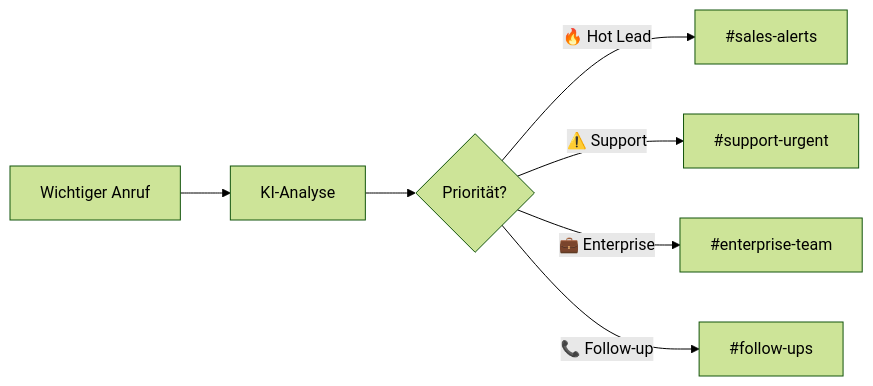
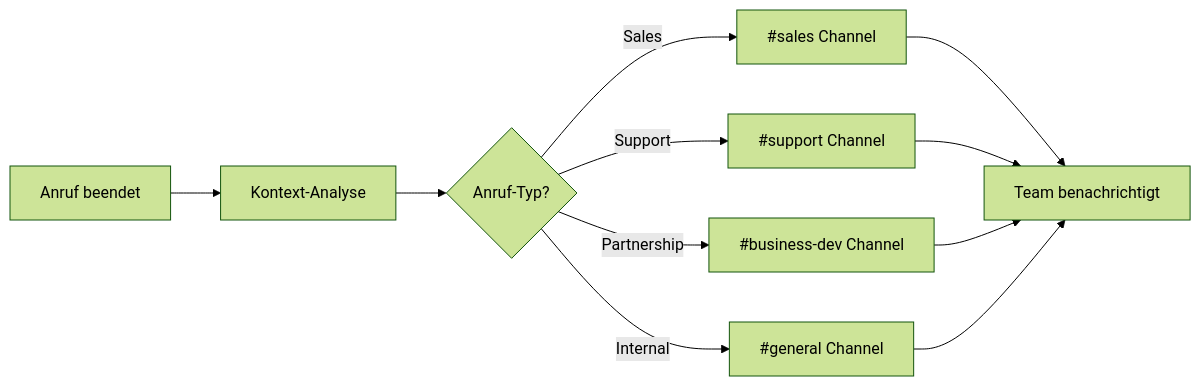
One commit to bekgroup/Famulor-docs-de changed the diagram in automation-platform/integrations/einzelintegrations/slack.mdx. Above: the diagram before and after it, drawn with Mermaid (forest theme). The commit also changed other lines of this file and 13 other files, not shown here.

````diff
--- a/automation-platform/integrations/einzelintegrations/slack.mdx
+++ b/automation-platform/integrations/einzelintegrations/slack.mdx
@@ -34,9 +34,13 @@
 ```mermaid
 graph LR
-    A[Wichtiger Anruf] --> B[KI-Analyse]
-    B --> C{Priorität?}
-    C -->|🔥 Hot Lead| D[#sales-alerts]
-    C -->|⚠️ Support| E[#support-urgent]  
-    C -->|💼 Enterprise| F[#enterprise-team]
-    C -->|📞 Follow-up| G[#follow-ups]
+    A[Anruf beendet] --> B[Kontext-Analyse]
+    B --> C{Anruf-Typ?}
+    C -->|Sales| D[#sales Channel]
+    C -->|Support| E[#support Channel]
+    C -->|Partnership| F[#business-dev Channel]
+    C -->|Internal| G[#general Channel]
+    D --> H[Team benachrichtigt]
+    E --> H
+    F --> H
+    G --> H
 ```
````
